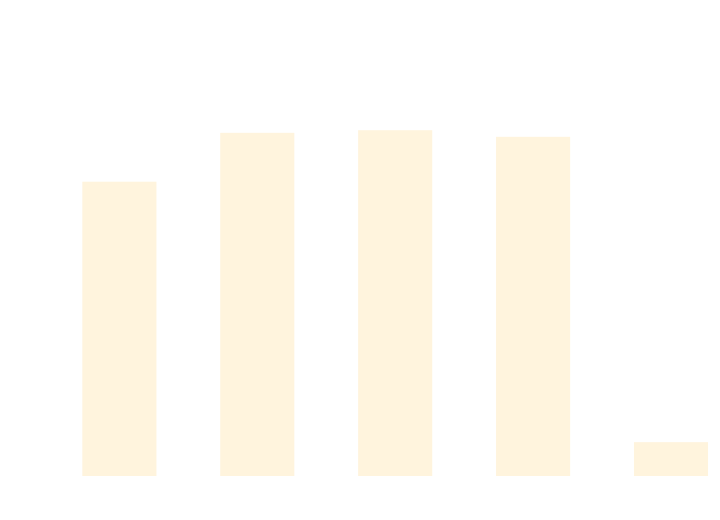
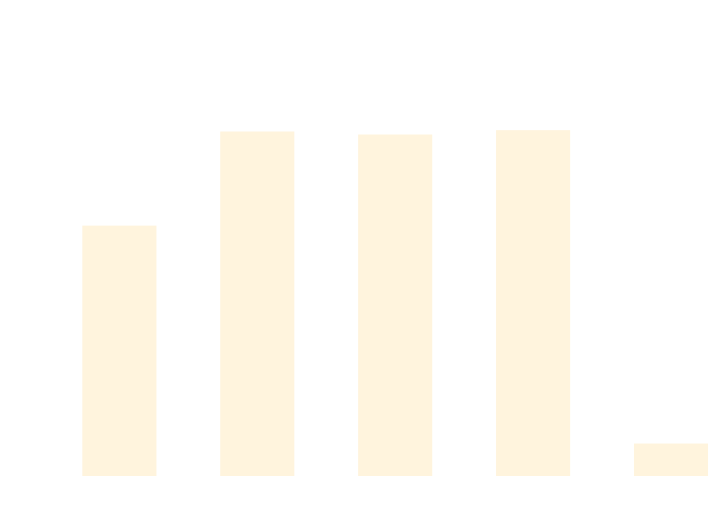
Before and after one commit to thomhurst/TUnit: the diagram in docs/docs/benchmarks/ScaleTests.md, drawn with Mermaid. The commit also changed other lines of this file and 17 other files, not shown here.

````diff
--- a/docs/docs/benchmarks/ScaleTests.md
+++ b/docs/docs/benchmarks/ScaleTests.md
@@ -27,37 +27,37 @@
 ```mermaid
 %%{init: {
   'theme':'base',
   'themeVariables': {
     'primaryColor': '#2563eb',
     'primaryTextColor': '#ffffff',
     'primaryBorderColor': '#1e40af',
     'lineColor': '#6b7280',
     'secondaryColor': '#7c3aed',
     'tertiaryColor': '#dc2626',
     'background': '#ffffff',
     'mainBkg': '#2563eb',
     'secondBkg': '#7c3aed',
     'tertiaryBkg': '#dc2626',
     'clusterBkg': '#f3f4f6',
     'edgeLabelBackground': '#ffffff',
     'tertiaryTextColor': '#1f2937',
     'pie1': '#2563eb',
     'pie2': '#7c3aed',
     'pie3': '#dc2626',
     'pie4': '#f59e0b',
     'pie5': '#10b981',
     'pie6': '#06b6d4',
     'pie7': '#ec4899',
     'pie8': '#6366f1',
     'pie9': '#84cc16',
     'pie10': '#f97316',
     'pie11': '#14b8a6',
     'pie12': '#a855f7'
   }
 }}%%
 xychart-beta
   title "ScaleTests Performance Comparison"
   x-axis ["TUnit", "NUnit", "MSTest", "xUnit3", "TUnit_AOT"]
-  y-axis "Time (ms)" 0 --> 740
-  bar [522.19, 611.51, 616.29, 604.23, 46.3]
+  y-axis "Time (ms)" 0 --> 826
+  bar [493.34, 685.29, 679.12, 688.01, 48.87]
 ```
````
